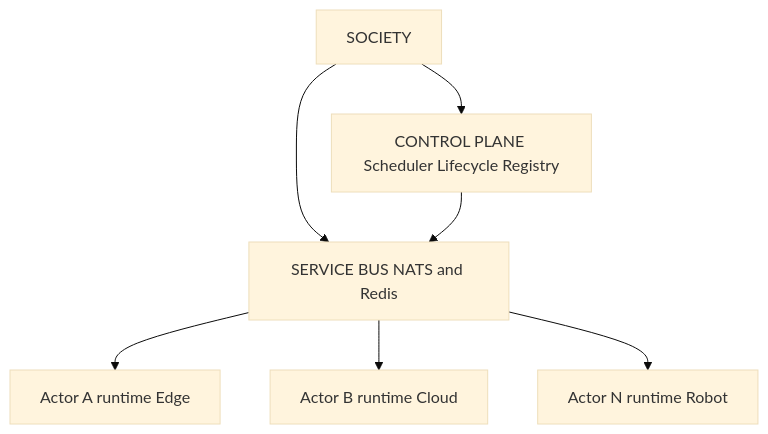
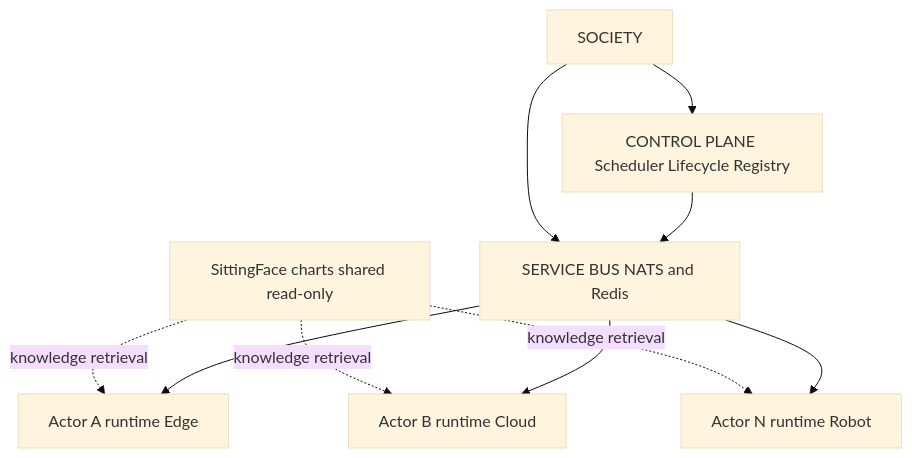
Diagram 11 of 25 in docs/DIAGRAMS.md (monkeypatched-stack/cogitive-os), drawn with Mermaid (base theme) before and after one commit. The commit also changed other lines of this file, not shown here.

Commit message:
adding diagrams

````diff
--- a/docs/DIAGRAMS.md
+++ b/docs/DIAGRAMS.md
@@ -416,16 +497,20 @@
 ```mermaid
 flowchart TB
     SOC["SOCIETY"]
     CP["CONTROL PLANE Scheduler Lifecycle Registry"]
+    SF["SittingFace charts shared read-only"]
     BUS["SERVICE BUS NATS and Redis"]
     A["Actor A runtime Edge"]
     B["Actor B runtime Cloud"]
     N["Actor N runtime Robot"]
 
     SOC --> CP
     SOC --> BUS
+    SF -.->|knowledge retrieval| A
+    SF -.->|knowledge retrieval| B
+    SF -.->|knowledge retrieval| N
     CP --> BUS
     BUS --> A
     BUS --> B
     BUS --> N
 ```
````
